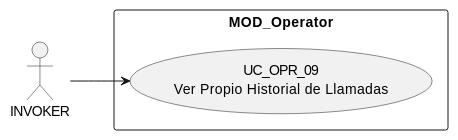
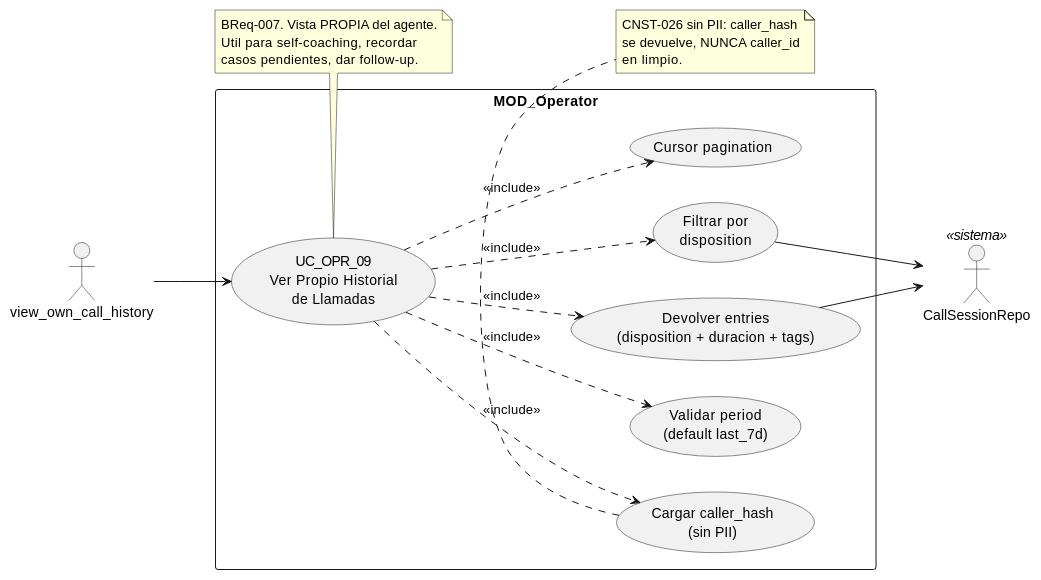
One commit to jcg-admin/IACT-docs changed the diagram in source/requisitos/casos-uso/operator/uc-opr-09/diagramas-uml/diagrama-de-caso-de-uso.rst. Above: the diagram before and after it, drawn with PlantUML. The commit also changed 9 other files, not shown here.

```diff
--- a/source/requisitos/casos-uso/operator/uc-opr-09/diagramas-uml/diagrama-de-caso-de-uso.rst
+++ b/source/requisitos/casos-uso/operator/uc-opr-09/diagramas-uml/diagrama-de-caso-de-uso.rst
@@ -4,22 +4,42 @@
 .. uml::
  :caption: UC_OPR_09 — actores y casos asociados
 
  @startuml
 
  left to right direction
 
- ' TODO (use-case-view-uml07-rebuild Nivel A): completar
- ' actores (INVOKER + beneficiarios + Sistema), sub-usecases
- ' (validaciones, side-effects, audit emit), relaciones
- ' (`<<include>>`, `<<extend>>`) y notas referenciando BRs/CNSTs.
- ' Ver patron canonico en uc-acc-01/diagramas-uml/diagrama-de-caso-de-uso.rst.
-
- actor "INVOKER" as INVOKER
+ actor "view_own_call_history" as INVOKER
+ actor "CallSessionRepo" as REPO <<sistema>>
 
  rectangle "MOD_Operator" {
-   usecase "UC_OPR_09\nVer Propio Historial de Llamadas" as UC_OPR_09
+   usecase "UC_OPR_09\nVer Propio Historial\nde Llamadas" as UC_OPR_09
+   usecase "Validar period\n(default last_7d)" as VALIDAR_PERIOD
+   usecase "Filtrar por\ndisposition" as FILTRAR
+   usecase "Cargar caller_hash\n(sin PII)" as HASH
+   usecase "Devolver entries\n(disposition + duracion + tags)" as DEVOLVER
+   usecase "Cursor pagination" as PAGINACION
  }
 
  INVOKER --> UC_OPR_09
+ UC_OPR_09 ..> VALIDAR_PERIOD : <<include>>
+ UC_OPR_09 ..> FILTRAR : <<include>>
+ UC_OPR_09 ..> HASH : <<include>>
+ UC_OPR_09 ..> DEVOLVER : <<include>>
+ UC_OPR_09 ..> PAGINACION : <<include>>
+
+ FILTRAR --> REPO
+ DEVOLVER --> REPO
+
+ note bottom of UC_OPR_09
+   BReq-007. Vista PROPIA del agente.
+   Util para self-coaching, recordar
+   casos pendientes, dar follow-up.
+ end note
+
+ note bottom of HASH
+   CNST-026 sin PII: caller_hash
+   se devuelve, NUNCA caller_id
+   en limpio.
+ end note
 
  @enduml
```
